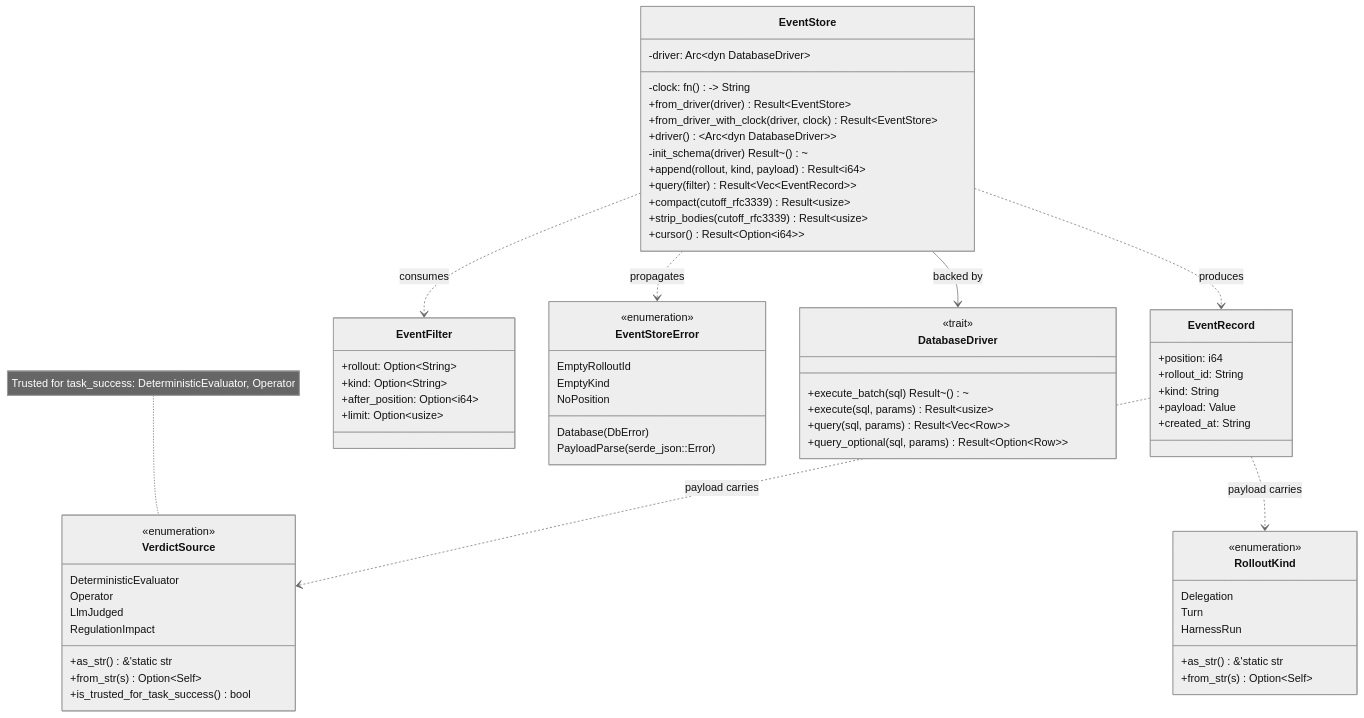
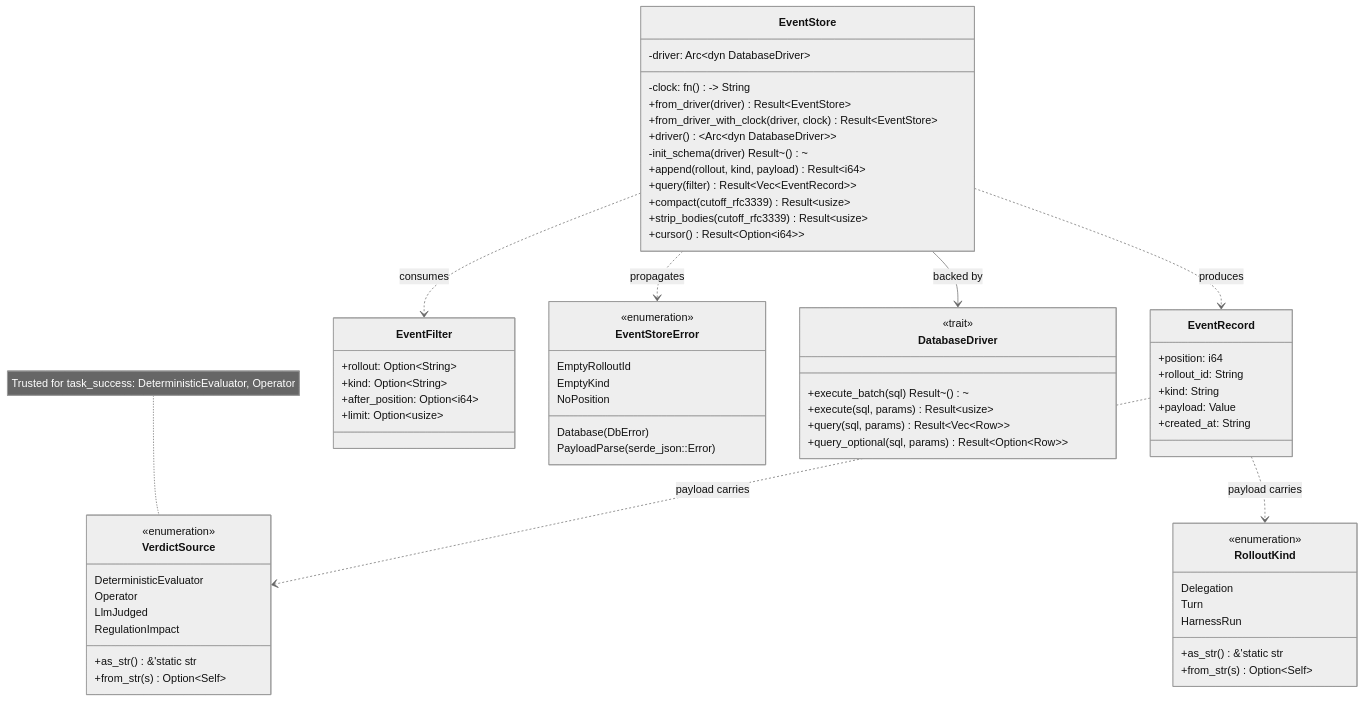
Before and after one commit to mdz-axo/zed-kask: diagram 12 of 13 in kask/docs/diagrams/architecture.md, drawn with Mermaid (neutral theme). The commit also changed 27 other files, not shown here.

````diff
--- a/kask/docs/diagrams/architecture.md
+++ b/kask/docs/diagrams/architecture.md
@@ -645,70 +645,70 @@
 ```mermaid
 classDiagram
     class EventStore {
         -driver: Arc~dyn DatabaseDriver~
         -clock: fn() -> String
         +from_driver(driver) Result~EventStore~
         +from_driver_with_clock(driver, clock) Result~EventStore~
         +driver() ~Arc~dyn DatabaseDriver~~
         -init_schema(driver) Result~()~
         +append(rollout, kind, payload) Result~i64~
         +query(filter) Result~Vec~EventRecord~~
         +compact(cutoff_rfc3339) Result~usize~
         +strip_bodies(cutoff_rfc3339) Result~usize~
         +cursor() Result~Option~i64~~
     }
     class EventRecord {
         +position: i64
         +rollout_id: String
         +kind: String
         +payload: Value
         +created_at: String
     }
     class EventFilter {
         +rollout: Option~String~
         +kind: Option~String~
         +after_position: Option~i64~
         +limit: Option~usize~
     }
     class EventStoreError {
         <<enumeration>>
         Database(DbError)
         PayloadParse(serde_json::Error)
         EmptyRolloutId
         EmptyKind
         NoPosition
     }
     class VerdictSource {
         <<enumeration>>
         DeterministicEvaluator
         Operator
         LlmJudged
         RegulationImpact
         +as_str() &'static str
         +from_str(s) Option~Self~
-        +is_trusted_for_task_success() bool
+
     }
     class RolloutKind {
         <<enumeration>>
         Delegation
         Turn
         HarnessRun
         +as_str() &'static str
         +from_str(s) Option~Self~
     }
     class DatabaseDriver {
         <<trait>>
         +execute_batch(sql) Result~()~
         +execute(sql, params) Result~usize~
         +query(sql, params) Result~Vec~Row~~
         +query_optional(sql, params) Result~Option~Row~~
     }
 
     EventStore --> DatabaseDriver : backed by
     EventStore ..> EventRecord : produces
     EventStore ..> EventFilter : consumes
     EventStore ..> EventStoreError : propagates
     EventRecord ..> VerdictSource : payload carries
     EventRecord ..> RolloutKind : payload carries
     note for VerdictSource "Trusted for task_success: DeterministicEvaluator, Operator"
 ```
````
